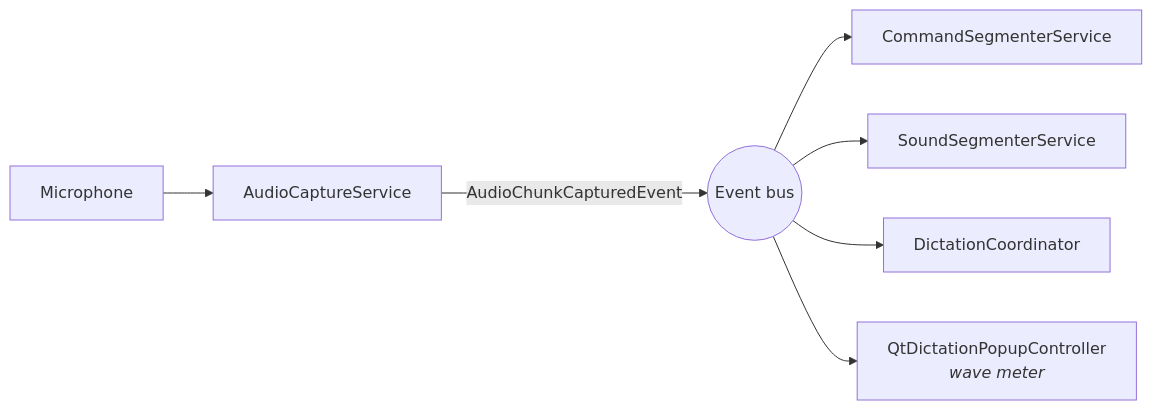
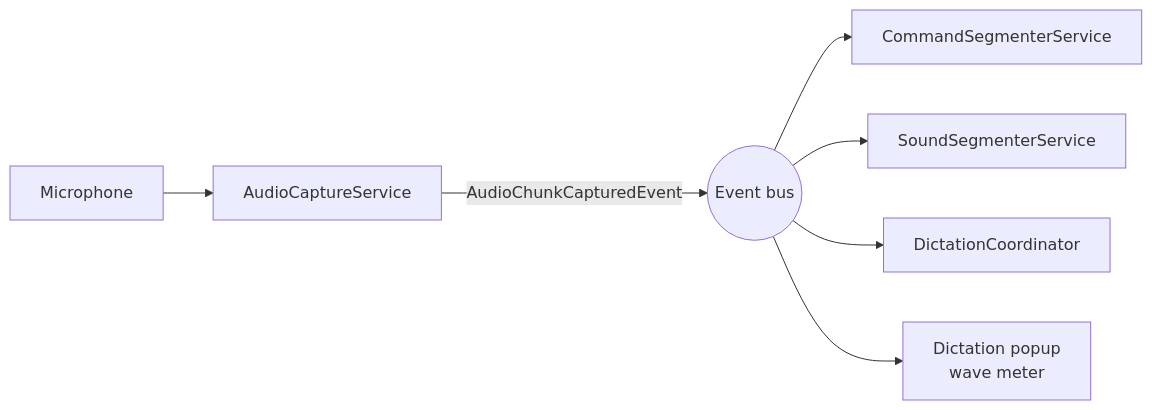
The first of 2 diagrams in docs/developer/features/capture.rst (rick12000/vocalance), drawn with Mermaid before and after one commit. The commit also changed other lines of this file and 30 other files, not shown here.

```diff
--- a/docs/developer/features/capture.rst
+++ b/docs/developer/features/capture.rst
@@ -20,9 +19,9 @@
 .. mermaid::
 
    flowchart LR
        Mic[Microphone] --> Cap[AudioCaptureService]
        Cap -->|AudioChunkCapturedEvent| Bus((Event bus))
        Bus --> Cmd[CommandSegmenterService]
        Bus --> Snd[SoundSegmenterService]
        Bus --> Dic[DictationCoordinator]
-       Bus --> UI[QtDictationPopupController<br/><i>wave meter</i>]
+       Bus --> UI[Dictation popup<br/>wave meter]
```
